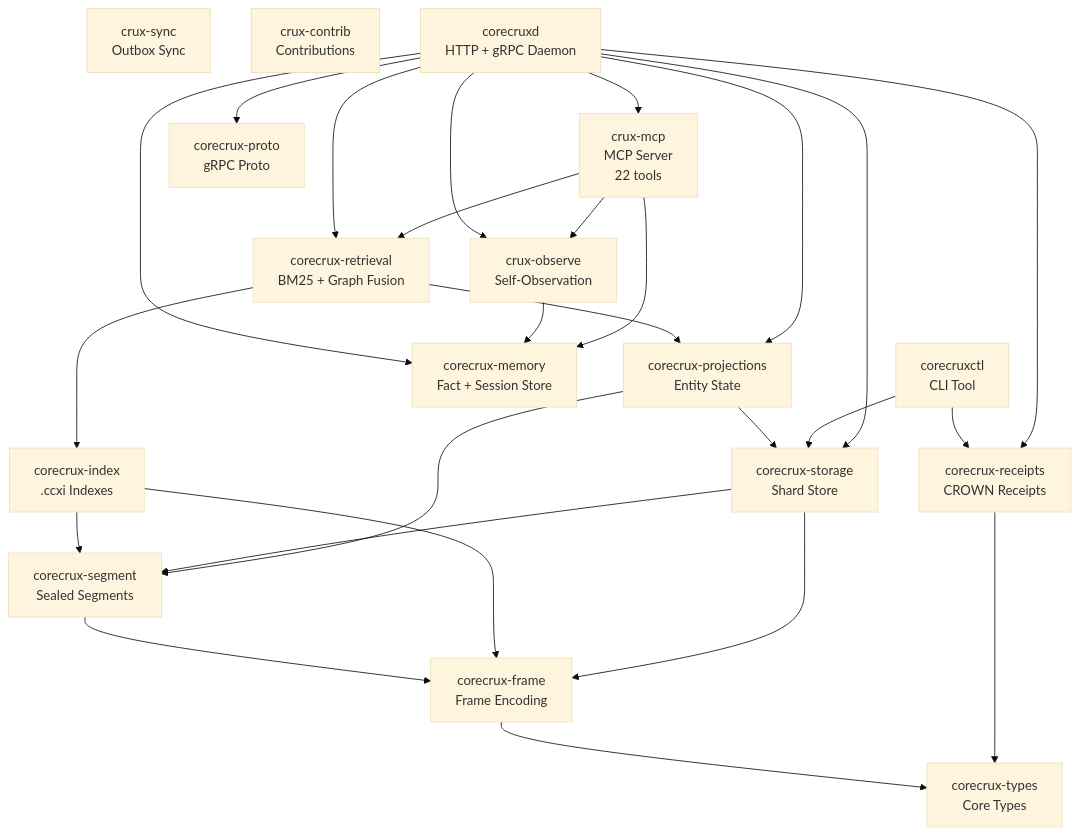
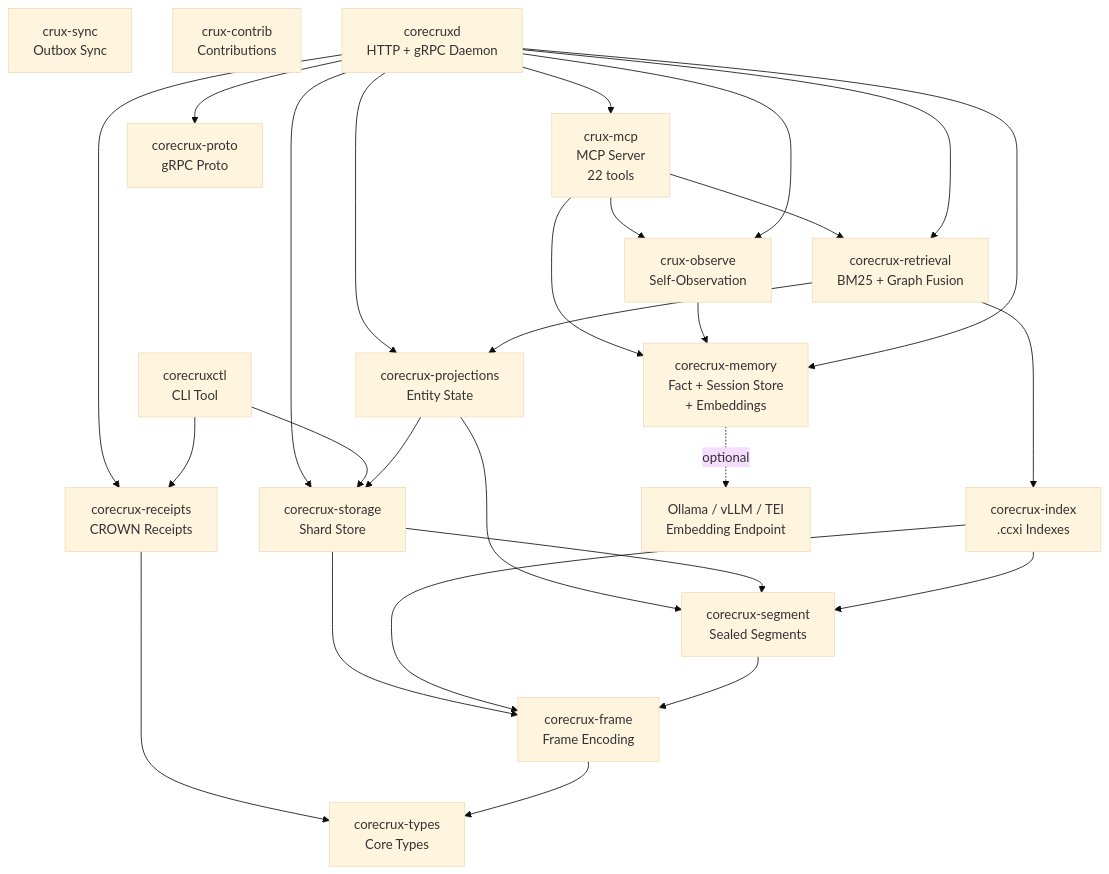
The diagram in README.md (CueCrux/Crux), drawn with Mermaid (base theme) before and after one commit. The commit also changed other lines of this file and 11 other files, not shown here.

First line of the commit message:
README rewrite, optional Ollama embeddings, verify-store fix, data dir v1

````diff
--- a/README.md
+++ b/README.md
@@ -203,45 +268,47 @@
 ```mermaid
 graph TD
     cruxmcp[crux-mcp<br/>MCP Server<br/>22 tools]
     observe[crux-observe<br/>Self-Observation]
     sync[crux-sync<br/>Outbox Sync]
     contrib[crux-contrib<br/>Contributions]
     corecruxd[corecruxd<br/>HTTP + gRPC Daemon]
     corecruxctl[corecruxctl<br/>CLI Tool]
     retrieval[corecrux-retrieval<br/>BM25 + Graph Fusion]
-    memory[corecrux-memory<br/>Fact + Session Store]
+    memory[corecrux-memory<br/>Fact + Session Store<br/>+ Embeddings]
     projections[corecrux-projections<br/>Entity State]
     receipts[corecrux-receipts<br/>CROWN Receipts]
     storage[corecrux-storage<br/>Shard Store]
     index[corecrux-index<br/>.ccxi Indexes]
     segment[corecrux-segment<br/>Sealed Segments]
     frame[corecrux-frame<br/>Frame Encoding]
     types[corecrux-types<br/>Core Types]
     proto[corecrux-proto<br/>gRPC Proto]
+    ollama[Ollama / vLLM / TEI<br/>Embedding Endpoint]
 
     cruxmcp --> memory
     cruxmcp --> retrieval
     cruxmcp --> observe
     observe --> memory
     corecruxd --> cruxmcp
     corecruxd --> observe
     corecruxd --> memory
     corecruxd --> retrieval
     corecruxd --> projections
     corecruxd --> receipts
     corecruxd --> storage
     corecruxd --> proto
     corecruxctl --> storage
     corecruxctl --> receipts
     retrieval --> index
     retrieval --> projections
     projections --> storage
     projections --> segment
     storage --> segment
     storage --> frame
     index --> segment
     index --> frame
     segment --> frame
     receipts --> types
     frame --> types
+    memory -.->|optional| ollama
 ```
````
